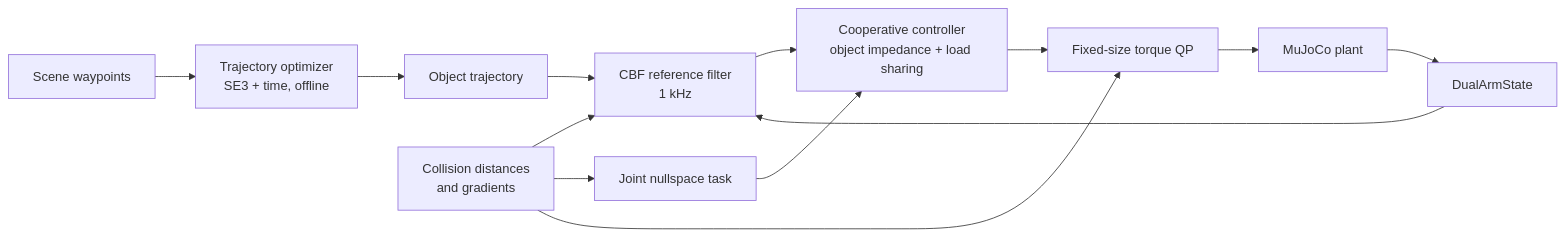
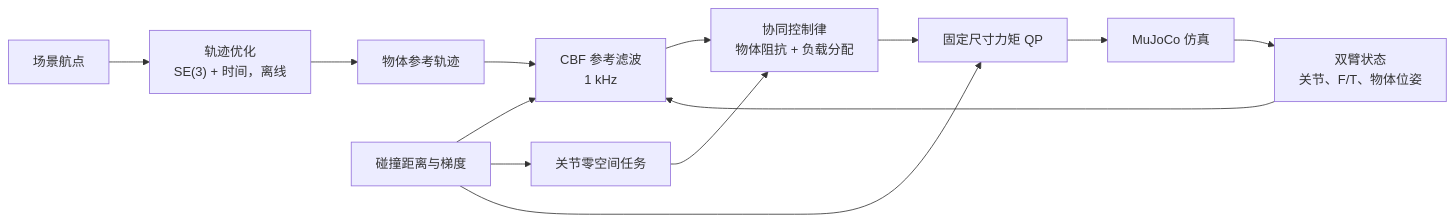
Before and after one commit to haot1an/dual-arm-cooperative-manipulation: the diagram in README.md, drawn with Mermaid. The commit also changed 1 other file, not shown here.

````diff
--- a/README.md
+++ b/README.md
@@ -130,15 +130,15 @@
 ```mermaid
 flowchart LR
-    W[Scene waypoints] --> PL[Trajectory optimizer<br/>SE3 + time, offline]
-    PL --> T[Object trajectory]
-    T --> G[CBF reference filter<br/>1 kHz]
-    S[DualArmState] --> G
-    C[Collision distances<br/>and gradients] --> G
-    G --> N[Cooperative controller<br/>object impedance + load sharing]
-    C --> NS[Joint nullspace task]
+    W["场景航点"] --> PL["轨迹优化<br/>SE(3) + 时间，离线"]
+    PL --> T["物体参考轨迹"]
+    T --> G["CBF 参考滤波<br/>1 kHz"]
+    S["双臂状态<br/>关节、F/T、物体位姿"] --> G
+    C["碰撞距离与梯度"] --> G
+    G --> N["协同控制律<br/>物体阻抗 + 负载分配"]
+    C --> NS["关节零空间任务"]
     NS --> N
-    N --> Q[Fixed-size torque QP]
+    N --> Q["固定尺寸力矩 QP"]
     C --> Q
-    Q --> P[MuJoCo plant]
+    Q --> P["MuJoCo 仿真"]
     P --> S
 ```
````
